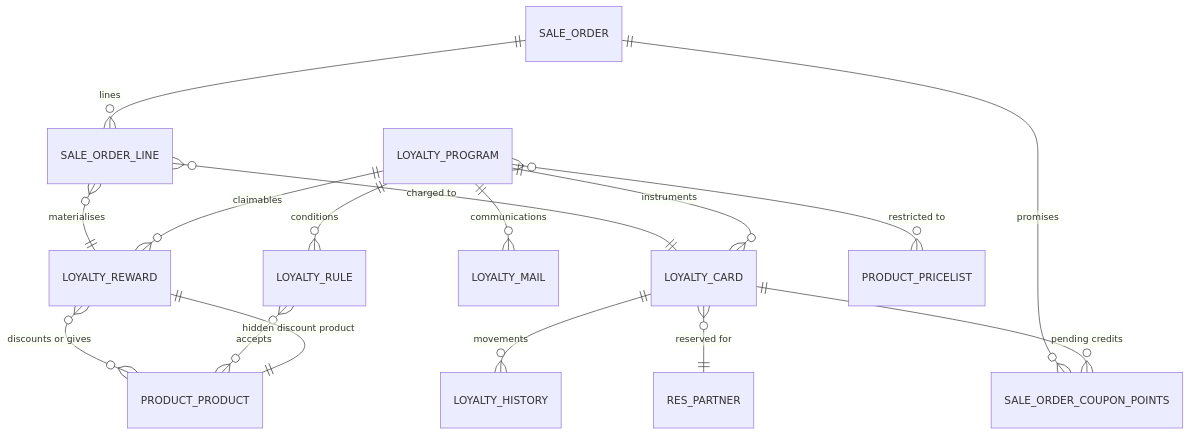
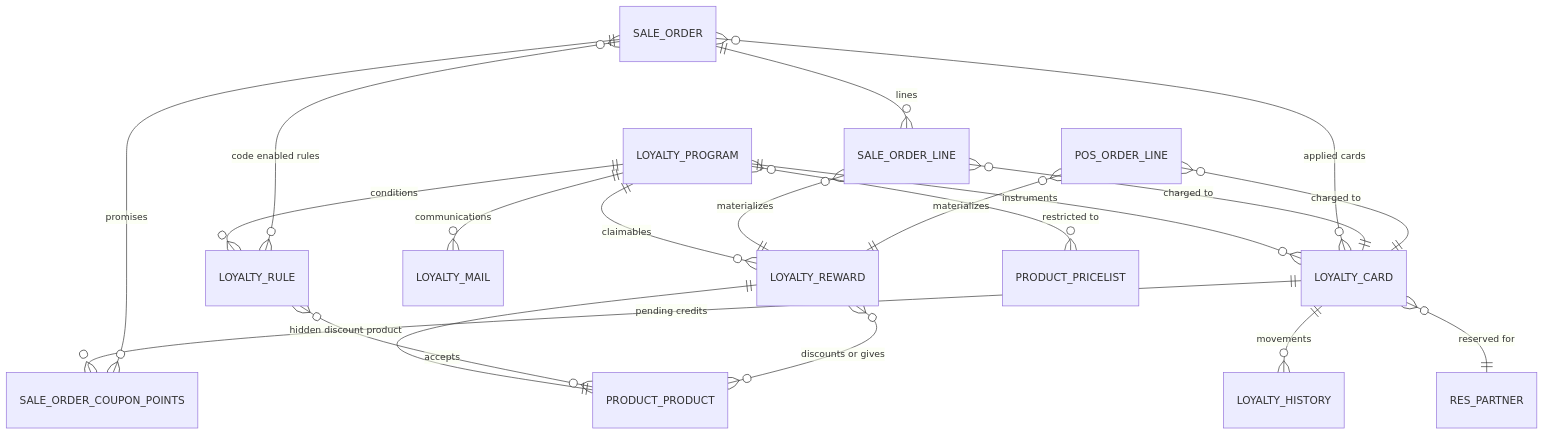
The diagram in docs/domains/loyalty-and-promotions/entities.md (vast-development-method/odoo-doc), drawn with Mermaid before and after one commit. The commit also changed other lines of this file and 39 other files, not shown here.

````diff
--- a/docs/domains/loyalty-and-promotions/entities.md
+++ b/docs/domains/loyalty-and-promotions/entities.md
@@ -672,18 +1104,22 @@
 ```mermaid
 erDiagram
     LOYALTY_PROGRAM ||--o{ LOYALTY_RULE : "conditions"
     LOYALTY_PROGRAM ||--o{ LOYALTY_REWARD : "claimables"
     LOYALTY_PROGRAM ||--o{ LOYALTY_MAIL : "communications"
     LOYALTY_PROGRAM ||--o{ LOYALTY_CARD : "instruments"
     LOYALTY_PROGRAM }o--o{ PRODUCT_PRICELIST : "restricted to"
     LOYALTY_CARD ||--o{ LOYALTY_HISTORY : "movements"
     LOYALTY_CARD }o--|| RES_PARTNER : "reserved for"
     LOYALTY_CARD ||--o{ SALE_ORDER_COUPON_POINTS : "pending credits"
     SALE_ORDER ||--o{ SALE_ORDER_COUPON_POINTS : "promises"
     SALE_ORDER ||--o{ SALE_ORDER_LINE : "lines"
-    SALE_ORDER_LINE }o--|| LOYALTY_REWARD : "materialises"
+    SALE_ORDER }o--o{ LOYALTY_CARD : "applied cards"
+    SALE_ORDER }o--o{ LOYALTY_RULE : "code enabled rules"
+    SALE_ORDER_LINE }o--|| LOYALTY_REWARD : "materializes"
     SALE_ORDER_LINE }o--|| LOYALTY_CARD : "charged to"
+    POS_ORDER_LINE }o--|| LOYALTY_REWARD : "materializes"
+    POS_ORDER_LINE }o--|| LOYALTY_CARD : "charged to"
     LOYALTY_REWARD ||--|| PRODUCT_PRODUCT : "hidden discount product"
     LOYALTY_RULE }o--o{ PRODUCT_PRODUCT : "accepts"
     LOYALTY_REWARD }o--o{ PRODUCT_PRODUCT : "discounts or gives"
 ```
````
